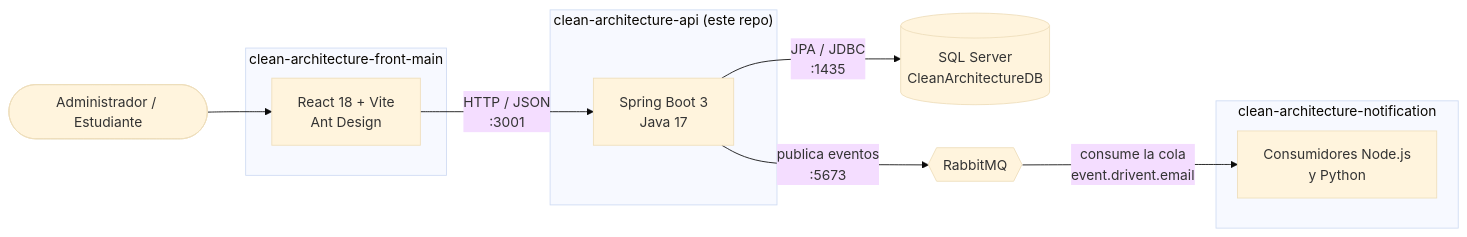
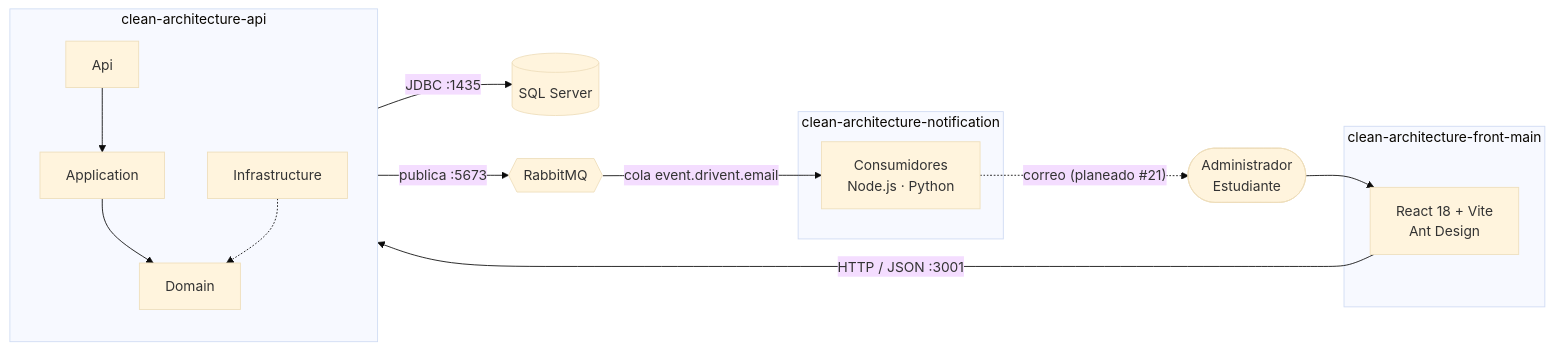
One commit to SemilleroSOLID/clean-architecture-api changed the first of 5 diagrams in README.md. Above: the diagram before and after it, drawn with Mermaid (base theme). The commit also changed other lines of this file, not shown here.

````diff
--- a/README.md
+++ b/README.md
@@ -28,21 +69,24 @@
 ```mermaid
 flowchart LR
-    U([Administrador / Estudiante]) --> F
+    U([Administrador<br/>Estudiante]) --> F
 
     subgraph front["clean-architecture-front-main"]
-        F[React 18 + Vite<br/>Ant Design]
+        F["React 18 + Vite<br/>Ant Design"]
     end
 
-    subgraph api["clean-architecture-api (este repo)"]
-        B[Spring Boot 3<br/>Java 17]
+    subgraph api["clean-architecture-api"]
+        direction TB
+        A1[Api] --> A2[Application] --> A3[Domain]
+        A4[Infrastructure] -.-> A3
     end
 
     subgraph notif["clean-architecture-notification"]
-        C[Consumidores Node.js<br/>y Python]
+        C["Consumidores<br/>Node.js · Python"]
     end
 
-    F -- "HTTP / JSON<br/>:3001" --> B
-    B -- "JPA / JDBC<br/>:1435" --> DB[(SQL Server<br/>CleanArchitectureDB)]
-    B -- "publica eventos<br/>:5673" --> MQ{{RabbitMQ}}
-    MQ -- "consume la cola<br/>event.drivent.email" --> C
+    F -- "HTTP / JSON :3001" --> A1
+    A4 -- "JDBC :1435" --> DB[(SQL Server)]
+    A4 -- "publica :5673" --> MQ{{RabbitMQ}}
+    MQ -- "cola event.drivent.email" --> C
+    C -. "correo (planeado #21)" .-> U
 ```
````
